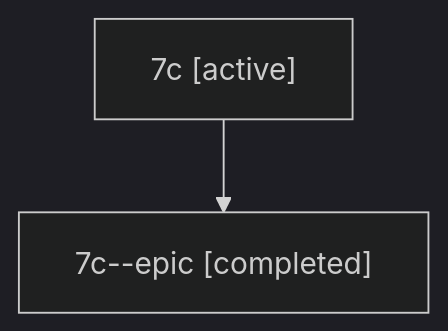
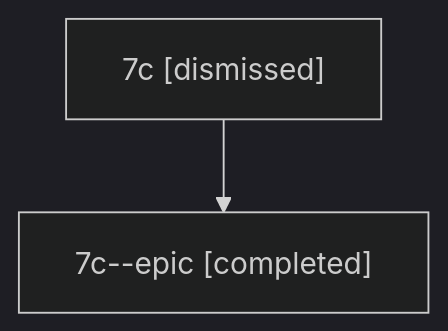
Before and after one commit to sase-org/sase--agents: the diagram in sessions/bbugyi200.athena.7c.md, drawn with Mermaid (dark theme). The commit also changed other lines of this file and 26 other files, not shown here.

````diff
--- a/sessions/bbugyi200.athena.7c.md
+++ b/sessions/bbugyi200.athena.7c.md
@@ -9,6 +9,6 @@
 ```mermaid
 flowchart TD
-  n0["7c [active]"]
+  n0["7c [dismissed]"]
   n1["7c--epic [completed]"]
   n0 --> n1
 ```
````
